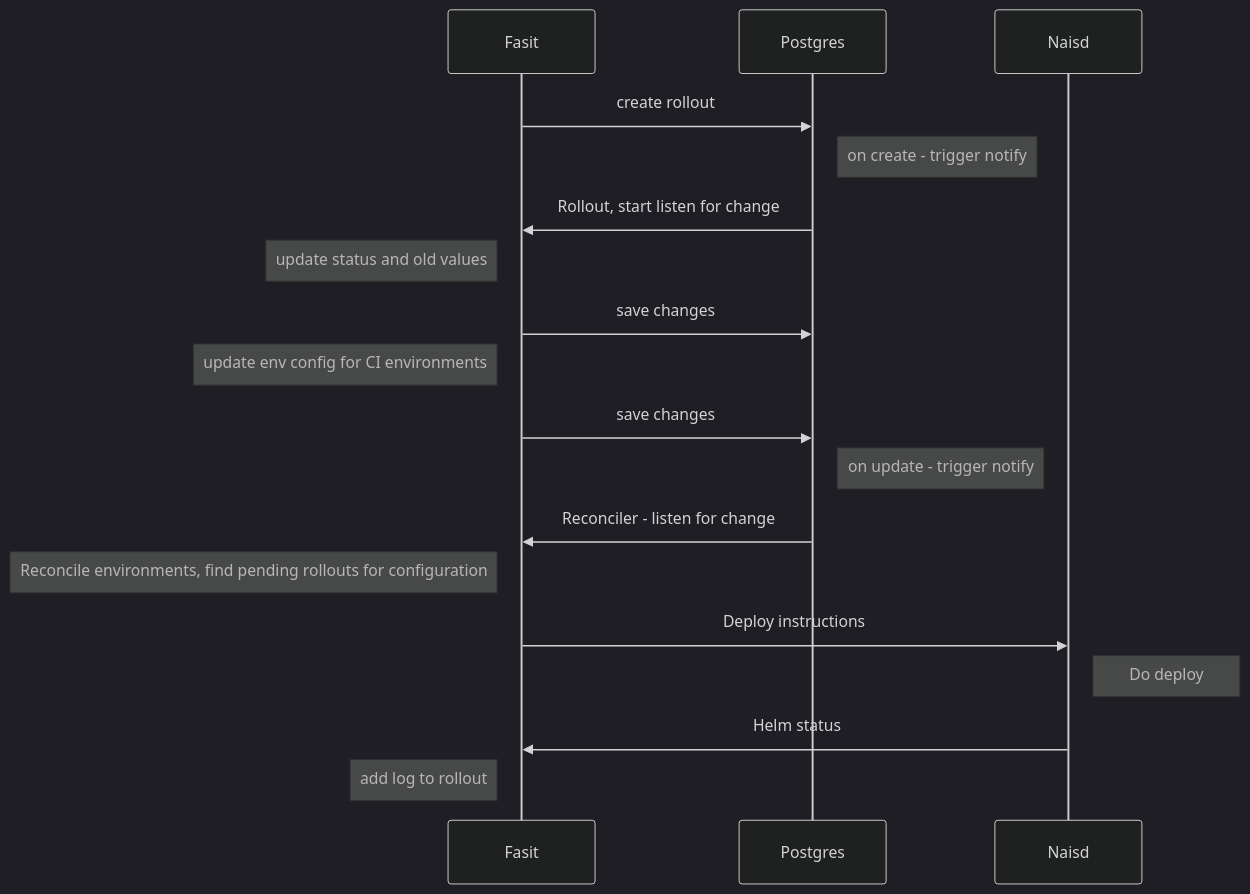
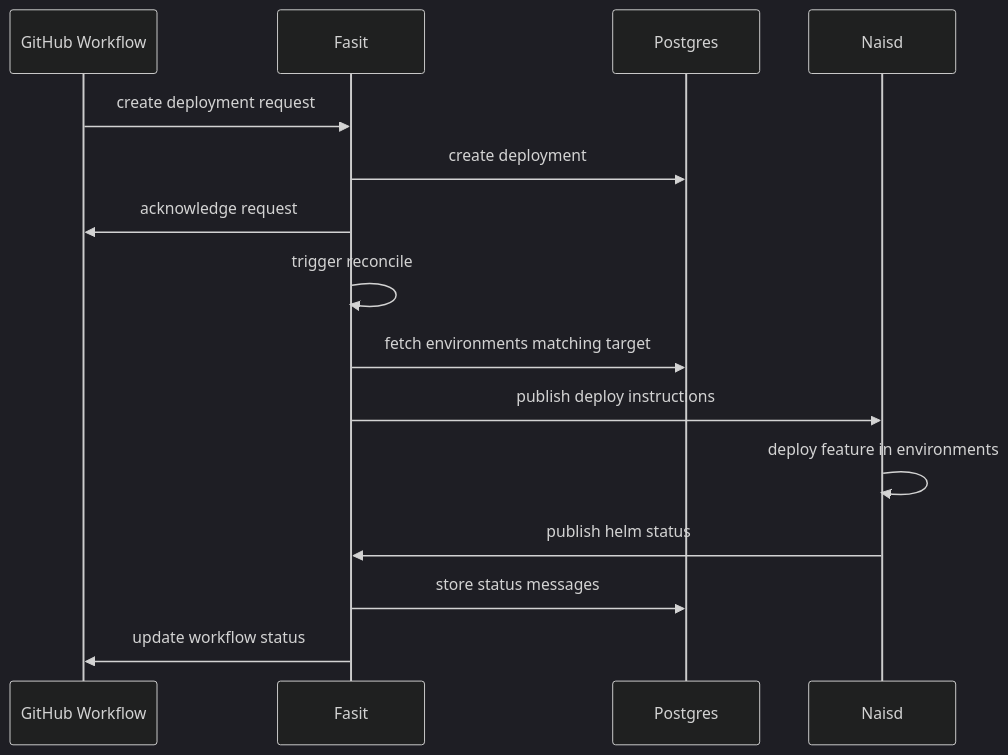
One commit to nais/fasit-deploy changed the diagram in README.md. Above: the diagram before and after it, drawn with Mermaid (dark theme). The commit also changed other lines of this file and 2 other files, not shown here.

Commit message:
feat: modify to work with the new deployment endpoint

````diff
--- a/README.md
+++ b/README.md
@@ -24,21 +29,17 @@
 ```mermaid
 sequenceDiagram
-    participant Fasit
-    participant Postgres
-    participant Naisd
-    Fasit->>Postgres: create rollout
-    Note right of Postgres: on create - trigger notify
-    Postgres->>Fasit: Rollout, start listen for change
-    Note left of Fasit: update status and old values
-    Fasit->>Postgres: save changes
-    Note left of Fasit: update env config for CI environments
-    Fasit->>Postgres: save changes
-    Note right of Postgres: on update - trigger notify
-    Postgres->>Fasit: Reconciler - listen for change
-    Note left of Fasit: Reconcile environments, find pending rollouts for configuration
-    Fasit->>Naisd: Deploy instructions
-    Note right of Naisd: Do deploy
-    Naisd->>Fasit: Helm status
-    Note left of Fasit: add log to rollout
-
+    participant G as GitHub Workflow
+    participant F as Fasit
+    participant P as Postgres
+    participant N as Naisd
+    G->>F: create deployment request
+    F->>P: create deployment
+    F->>G: acknowledge request
+    F->>F: trigger reconcile
+    F->>P: fetch environments matching target
+    F->>N: publish deploy instructions
+    N->>N: deploy feature in environments
+    N->>F: publish helm status
+    F->>P: store status messages
+    F->>G: update workflow status
 ```
````
